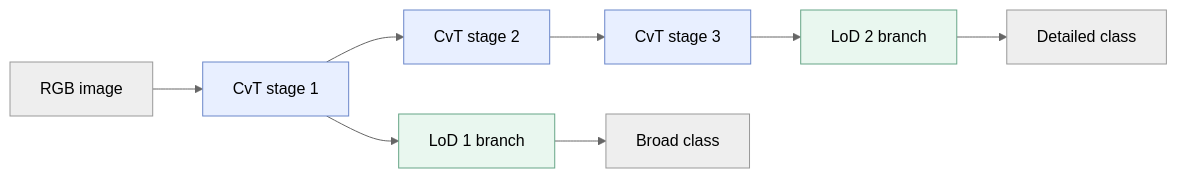
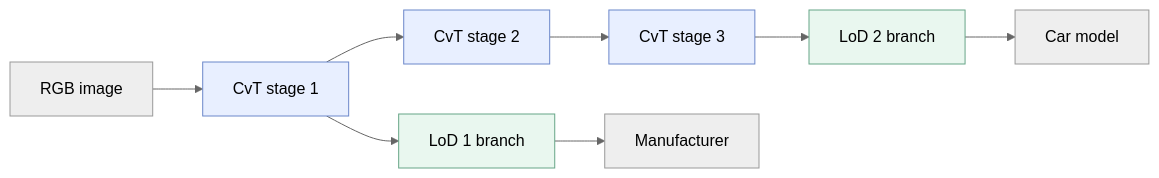
Before and after one commit to minseoyang/lcvt: the diagram in README.md, drawn with Mermaid (neutral theme). The commit also changed other lines of this file and 4 other files, not shown here.

````diff
--- a/README.md
+++ b/README.md
@@ -28,15 +28,15 @@
 ```mermaid
 flowchart LR
     I[RGB image] --> S1[CvT stage 1]
     S1 --> B1[LoD 1 branch]
     S1 --> S2[CvT stage 2]
     S2 --> S3[CvT stage 3]
     S3 --> B2[LoD 2 branch]
-    B1 --> O1[Broad class]
-    B2 --> O2[Detailed class]
+    B1 --> O1[Manufacturer]
+    B2 --> O2[Car model]
     style S1 fill:#e8efff,stroke:#6b87ca
     style S2 fill:#e8efff,stroke:#6b87ca
     style S3 fill:#e8efff,stroke:#6b87ca
     style B1 fill:#e9f7ef,stroke:#67a587
     style B2 fill:#e9f7ef,stroke:#67a587
 ```
````
